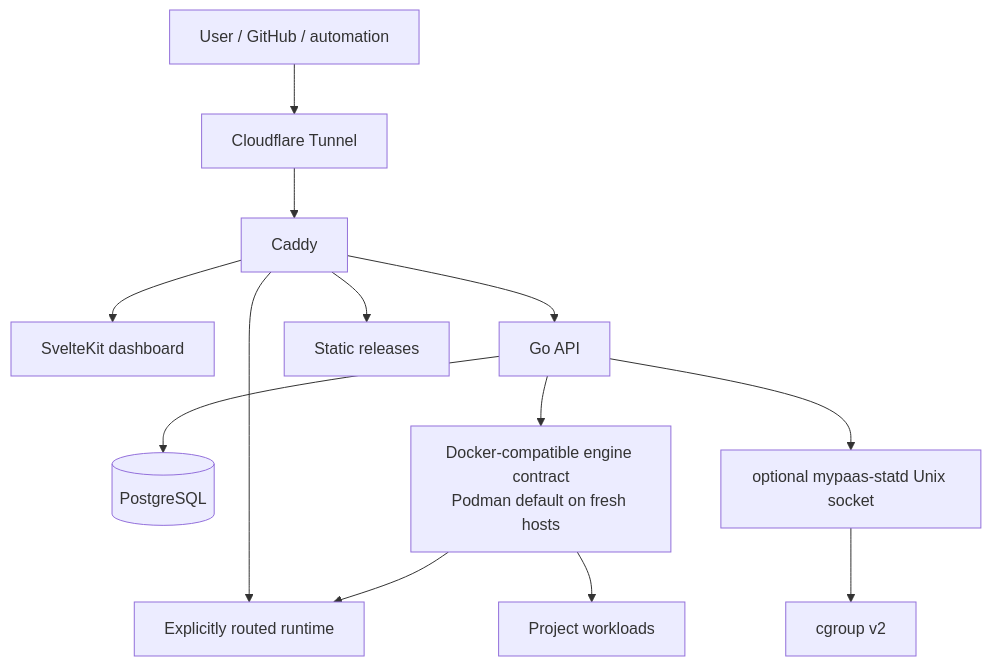
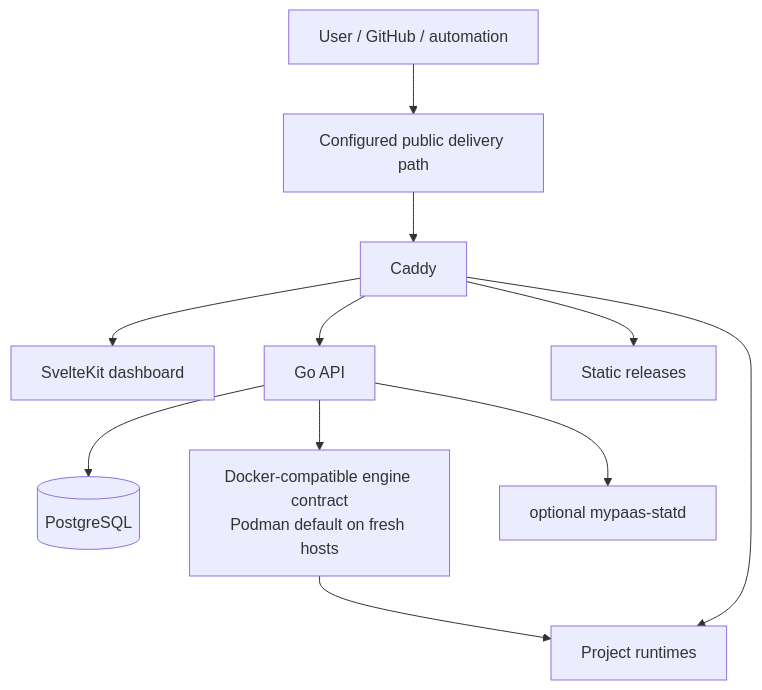
One commit to howlil/MyPaas changed the diagram in docs/README.md. Above: the diagram before and after it, drawn with Mermaid. The commit also changed other lines of this file, not shown here.

````diff
--- a/docs/README.md
+++ b/docs/README.md
@@ -62,17 +46,13 @@
 ```mermaid
 flowchart TB
-    User["User / GitHub / automation"] --> Edge["Cloudflare Tunnel"]
-    Edge --> Caddy["Caddy"]
-
+    User["User / GitHub / automation"] --> Delivery["Configured public delivery path"]
+    Delivery --> Caddy["Caddy"]
     Caddy --> Dashboard["SvelteKit dashboard"]
     Caddy --> API["Go API"]
     Caddy --> Static["Static releases"]
-    Caddy --> Runtime["Explicitly routed runtime"]
-
+    Caddy --> Runtime["Project runtimes"]
     API --> Postgres[("PostgreSQL")]
     API --> Engine["Docker-compatible engine contract\nPodman default on fresh hosts"]
-    API --> Statd["optional mypaas-statd Unix socket"]
+    API --> Statd["optional mypaas-statd"]
     Engine --> Runtime
-    Engine --> Workloads["Project workloads"]
-    Statd --> Cgroup["cgroup v2"]
 ```
````
